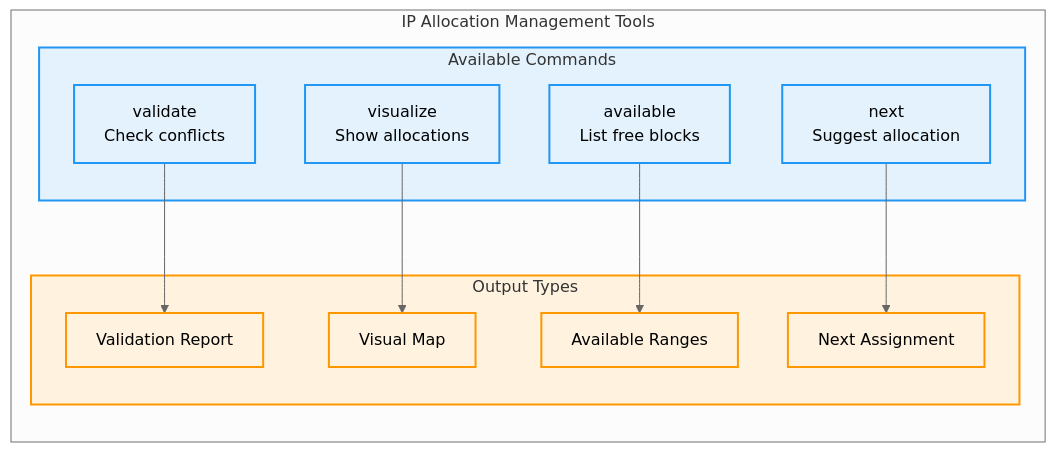
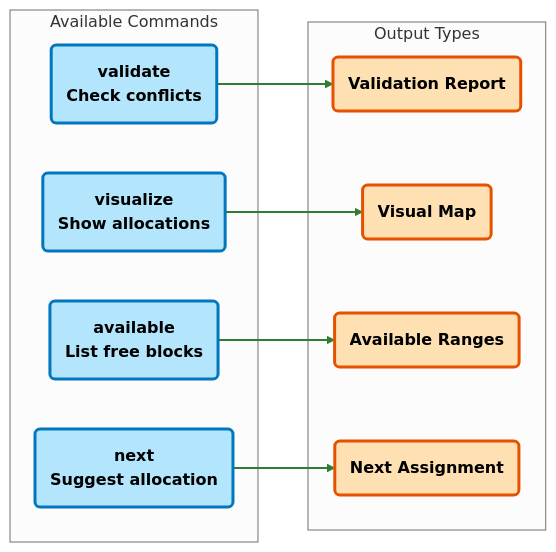
The fifth of 8 diagrams in docs/IP_ALLOCATION.md (spolspol/terragrunt-gcp-org-automation), drawn with Mermaid (neutral theme) before and after one commit. The commit also changed other lines of this file and 36 other files, not shown here.

````diff
--- a/docs/IP_ALLOCATION.md
+++ b/docs/IP_ALLOCATION.md
@@ -265,29 +217,29 @@
 ```mermaid
 flowchart LR
-    subgraph "IP Allocation Management Tools"
-        subgraph COMMANDS["Available Commands"]
-            VALIDATE["validate<br/>Check conflicts"]
-            VISUALIZE["visualize<br/>Show allocations"]
-            AVAILABLE["available<br/>List free blocks"]
-            NEXT["next<br/>Suggest allocation"]
-        end
-        
-        subgraph OUTPUTS["Output Types"]
-            REPORT["Validation Report"]
-            DIAGRAM["Visual Map"]
-            LIST["Available Ranges"]
-            SUGGEST["Next Assignment"]
-        end
+    subgraph COMMANDS["Available Commands"]
+        VALIDATE("<b>validate<br/>Check conflicts</b>")
+        VISUALIZE("<b>visualize<br/>Show allocations</b>")
+        AVAIL("<b>available<br/>List free blocks</b>")
+        NEXT("<b>next<br/>Suggest allocation</b>")
     end
-    
+
+    subgraph OUTPUTS["Output Types"]
+        REPORT("<b>Validation Report</b>")
+        DIAGRAM("<b>Visual Map</b>")
+        LIST("<b>Available Ranges</b>")
+        SUGGEST("<b>Next Assignment</b>")
+    end
+
     VALIDATE --> REPORT
     VISUALIZE --> DIAGRAM
-    AVAILABLE --> LIST
+    AVAIL --> LIST
     NEXT --> SUGGEST
-    
-    classDef command fill:#E3F2FD,stroke:#2196F3,stroke-width:2px
-    classDef output fill:#FFF3E0,stroke:#FF9800,stroke-width:2px
-    
-    class COMMANDS,VALIDATE,VISUALIZE,AVAILABLE,NEXT command
-    class OUTPUTS,REPORT,DIAGRAM,LIST,SUGGEST output
+
+    classDef network fill:#b3e5fc,stroke:#0277bd,stroke-width:3px,color:#000
+    classDef hub fill:#ffe0b2,stroke:#e65100,stroke-width:3px,color:#000
+
+    class VALIDATE,VISUALIZE,AVAIL,NEXT network
+    class REPORT,DIAGRAM,LIST,SUGGEST hub
+
+    linkStyle 0,1,2,3 stroke:#2e7d32,stroke-width:2px
 ```
````
